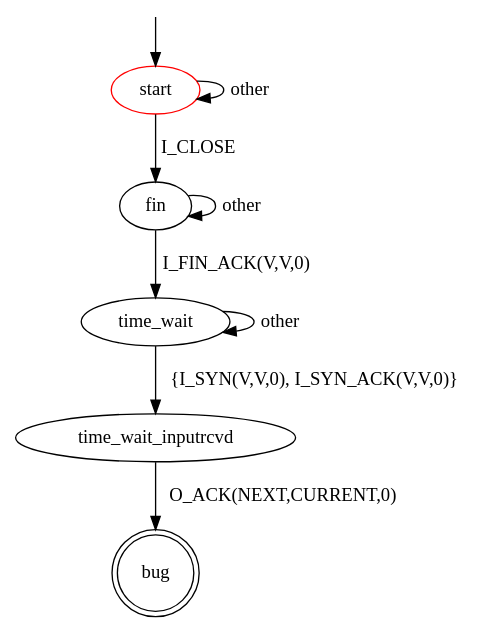
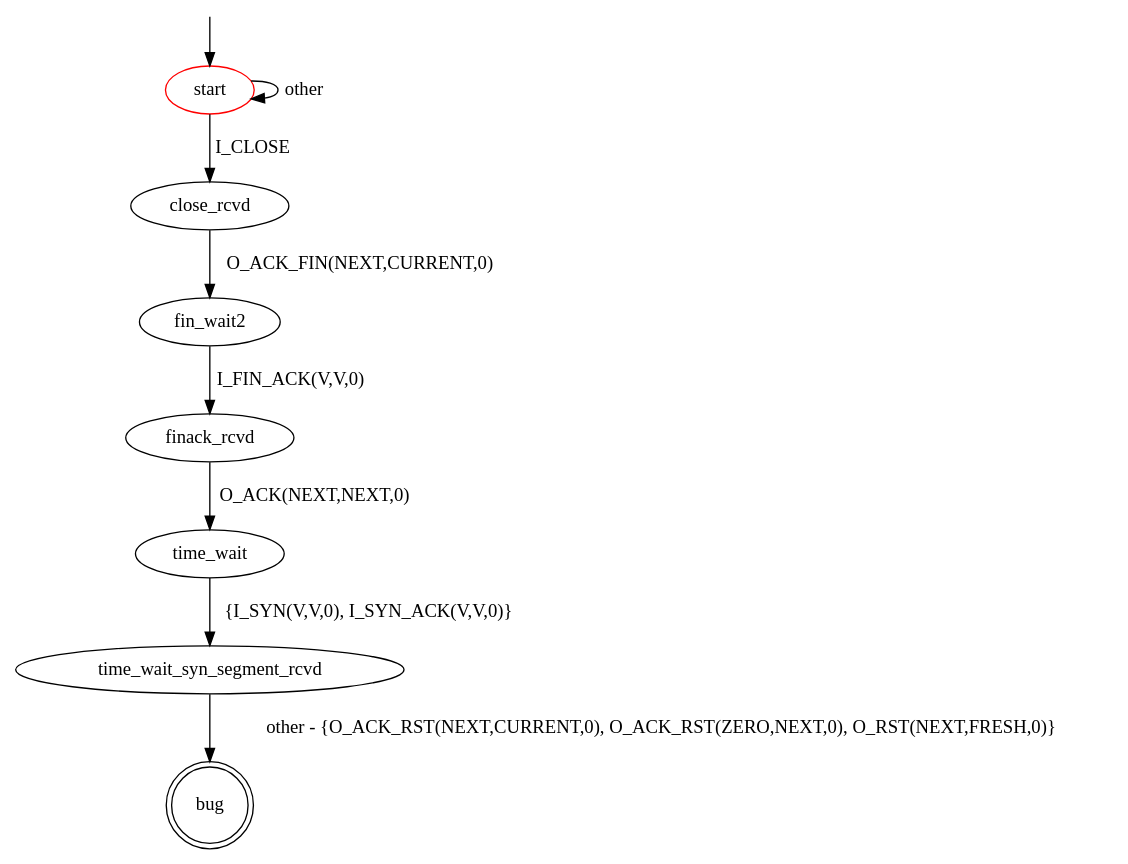
Before and after one commit to assist-project/state-machine-bug-finder: the diagram in src/main/resources/patterns/tcp/client/invalid_response_to_syn_segment_time_wait.dot, drawn with Graphviz. The commit also changed 4 other files, not shown here.

Commit message:
Fix bug patterns regarding receiving SYN segment. Adjust test case.

```diff
--- a/src/main/resources/patterns/tcp/client/invalid_response_to_syn_segment_time_wait.dot
+++ b/src/main/resources/patterns/tcp/client/invalid_response_to_syn_segment_time_wait.dot
@@ -1,16 +1,19 @@
 digraph G {
 label=""
 start [color="red"]
 bug [shape="doublecircle"]
 
 start -> start [label="other"]
-start -> fin [label="I_CLOSE"]
-fin -> fin [label="other"]
-fin -> time_wait [label="I_FIN_ACK(V,V,0)"]
-time_wait -> time_wait [label="other"]
-time_wait -> time_wait_inputrcvd [label="{I_SYN(V,V,0), I_SYN_ACK(V,V,0)}"]
-time_wait_inputrcvd -> bug [label="O_ACK(NEXT,CURRENT,0)"]
+start -> close_rcvd [label="I_CLOSE"]
+
+close_rcvd -> fin_wait2 [label="O_ACK_FIN(NEXT,CURRENT,0)"]
+fin_wait2 -> finack_rcvd [label="I_FIN_ACK(V,V,0)"]
+
+finack_rcvd -> time_wait [label="O_ACK(NEXT,NEXT,0)"]
+
+time_wait -> time_wait_syn_segment_rcvd [label="{I_SYN(V,V,0), I_SYN_ACK(V,V,0)}"]
+time_wait_syn_segment_rcvd -> bug [label="other - {O_ACK_RST(NEXT,CURRENT,0), O_ACK_RST(ZERO,NEXT,0), O_RST(NEXT,FRESH,0)}"]
 
 __start0 [label="" shape="none" width="0" height="0"];
 __start0 -> start;
 }
```
